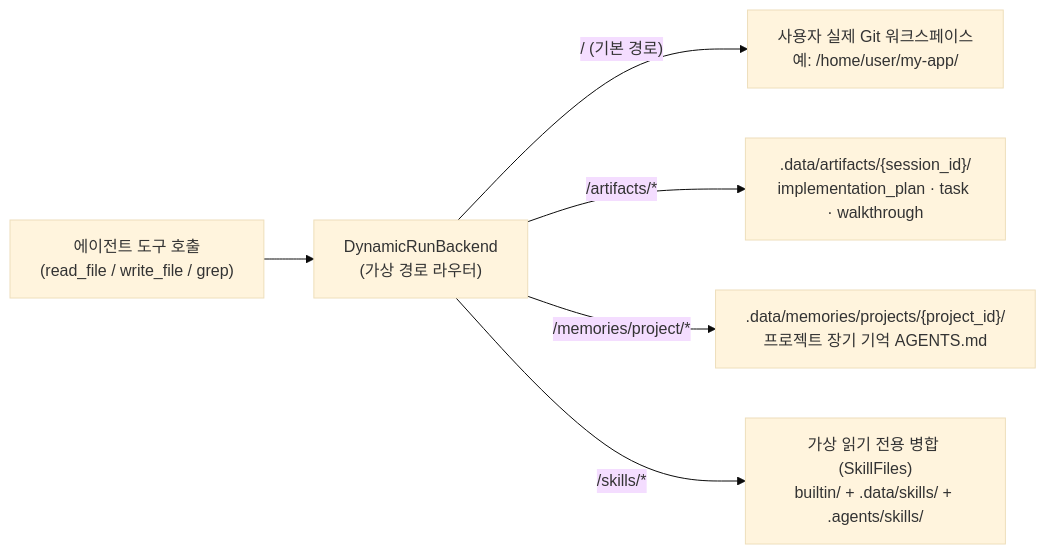
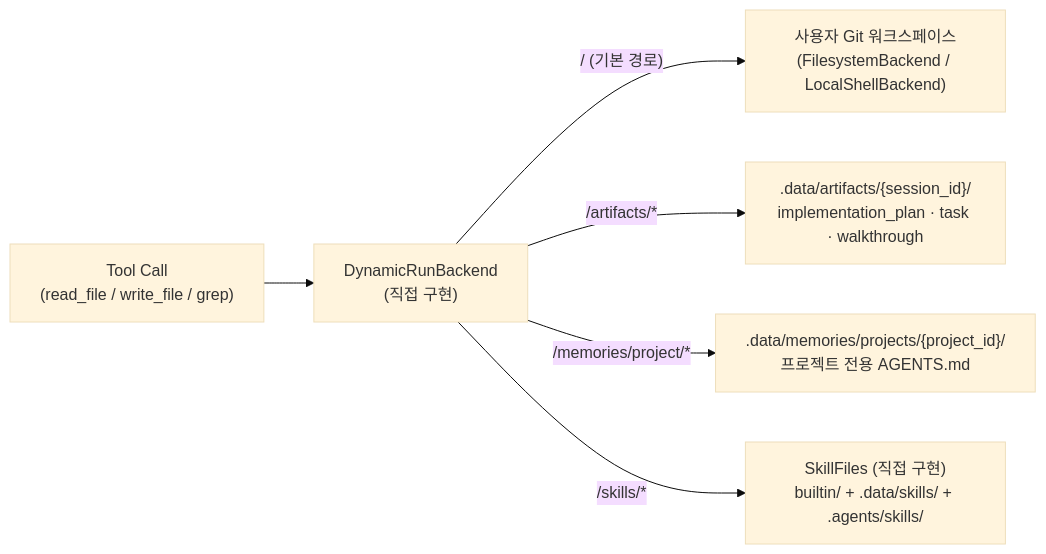
One commit to Abyssey/anvil changed the fifth of 12 diagrams in docs/coding-agent-study.md. Above: the diagram before and after it, drawn with Mermaid (base theme). The commit also changed other lines of this file and 3 other files, not shown here.

````diff
--- a/docs/coding-agent-study.md
+++ b/docs/coding-agent-study.md
@@ -288,8 +299,8 @@
 ```mermaid
 flowchart LR
-  AGENT["에이전트 도구 호출\n(read_file / write_file / grep)"] --> COMP["DynamicRunBackend\n(가상 경로 라우터)"]
-  COMP -->|"/ (기본 경로)"| WS["사용자 실제 Git 워크스페이스\n예: /home/user/my-app/"]
+  AGENT["Tool Call\n(read_file / write_file / grep)"] --> COMP["DynamicRunBackend\n(직접 구현)"]
+  COMP -->|"/ (기본 경로)"| WS["사용자 Git 워크스페이스\n(FilesystemBackend / LocalShellBackend)"]
   COMP -->|"/artifacts/*"| ART[".data/artifacts/{session_id}/\nimplementation_plan · task · walkthrough"]
-  COMP -->|"/memories/project/*"| MEM[".data/memories/projects/{project_id}/\n프로젝트 장기 기억 AGENTS.md"]
-  COMP -->|"/skills/*"| SKILL["가상 읽기 전용 병합 (SkillFiles)\nbuiltin/ + .data/skills/ + .agents/skills/"]
+  COMP -->|"/memories/project/*"| MEM[".data/memories/projects/{project_id}/\n프로젝트 전용 AGENTS.md"]
+  COMP -->|"/skills/*"| SKILL["SkillFiles (직접 구현)\nbuiltin/ + .data/skills/ + .agents/skills/"]
 ```
````
